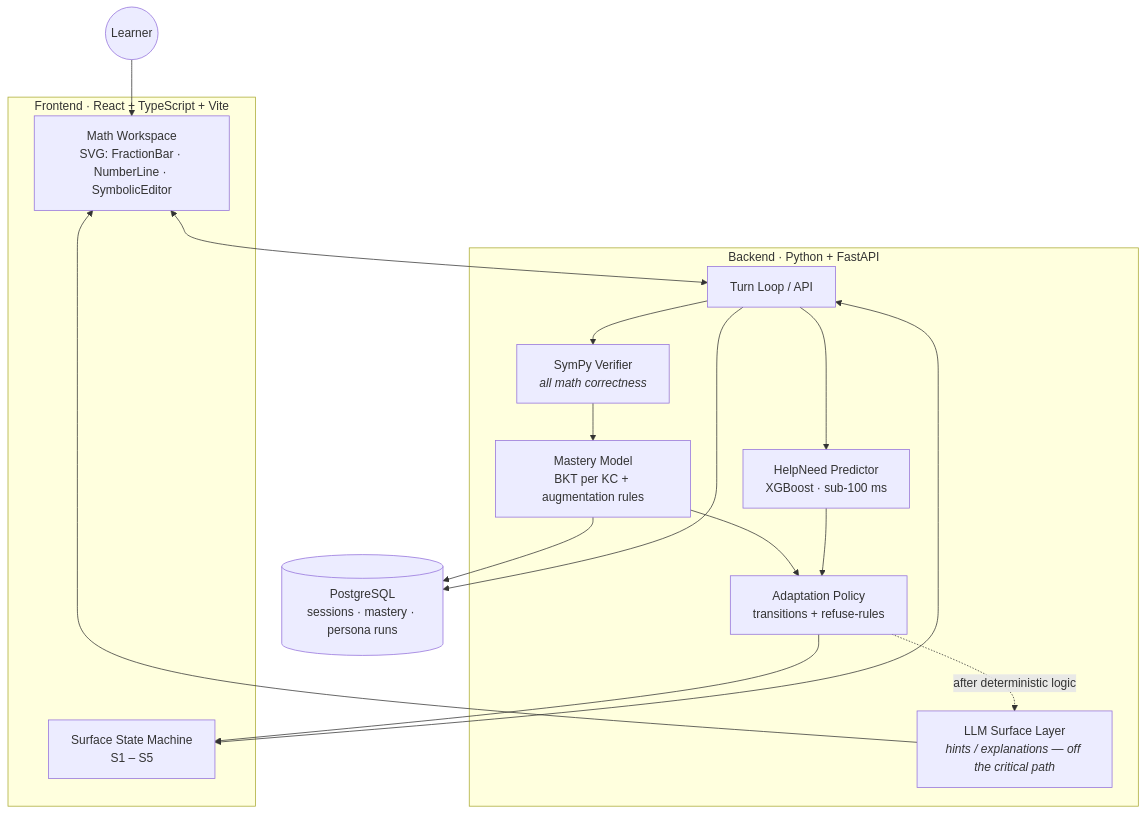
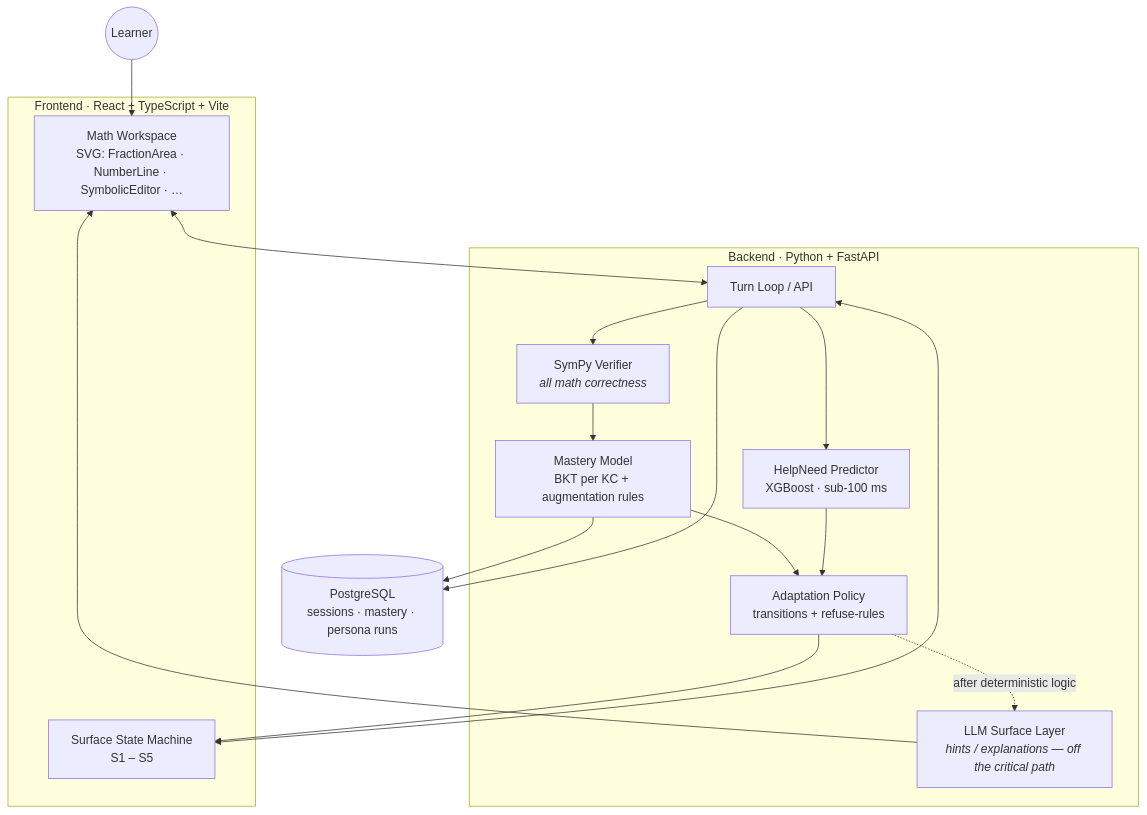
The first of 6 diagrams in ARCHITECTURE.md (Hirom0112/whollymath), drawn with Mermaid before and after one commit. The commit also changed other lines of this file, not shown here.

First line of the commit message:
docs: realign ARCHITECTURE.md with shipped reality

````diff
--- a/ARCHITECTURE.md
+++ b/ARCHITECTURE.md
@@ -73,29 +75,29 @@
 ```mermaid
 flowchart TB
     Learner((Learner))
 
     subgraph FE["Frontend · React + TypeScript + Vite"]
-        WS["Math Workspace<br/>SVG: FractionBar · NumberLine · SymbolicEditor"]
+        WS["Math Workspace<br/>SVG: FractionArea · NumberLine · SymbolicEditor · …"]
         SM["Surface State Machine<br/>S1 – S5"]
     end
 
     subgraph BE["Backend · Python + FastAPI"]
         API["Turn Loop / API"]
         VER["SymPy Verifier<br/><i>all math correctness</i>"]
         MAS["Mastery Model<br/>BKT per KC + augmentation rules"]
         POL["Adaptation Policy<br/>transitions + refuse-rules"]
         HN["HelpNeed Predictor<br/>XGBoost · sub-100 ms"]
         LLMS["LLM Surface Layer<br/><i>hints / explanations — off the critical path</i>"]
     end
 
     DB[("PostgreSQL<br/>sessions · mastery · persona runs")]
 
     Learner --> WS
     WS <--> API
     SM <--> API
     API --> VER --> MAS --> POL --> SM
     API --> HN --> POL
     POL -. "after deterministic logic" .-> LLMS --> WS
     MAS --> DB
     API --> DB
 ```
````
